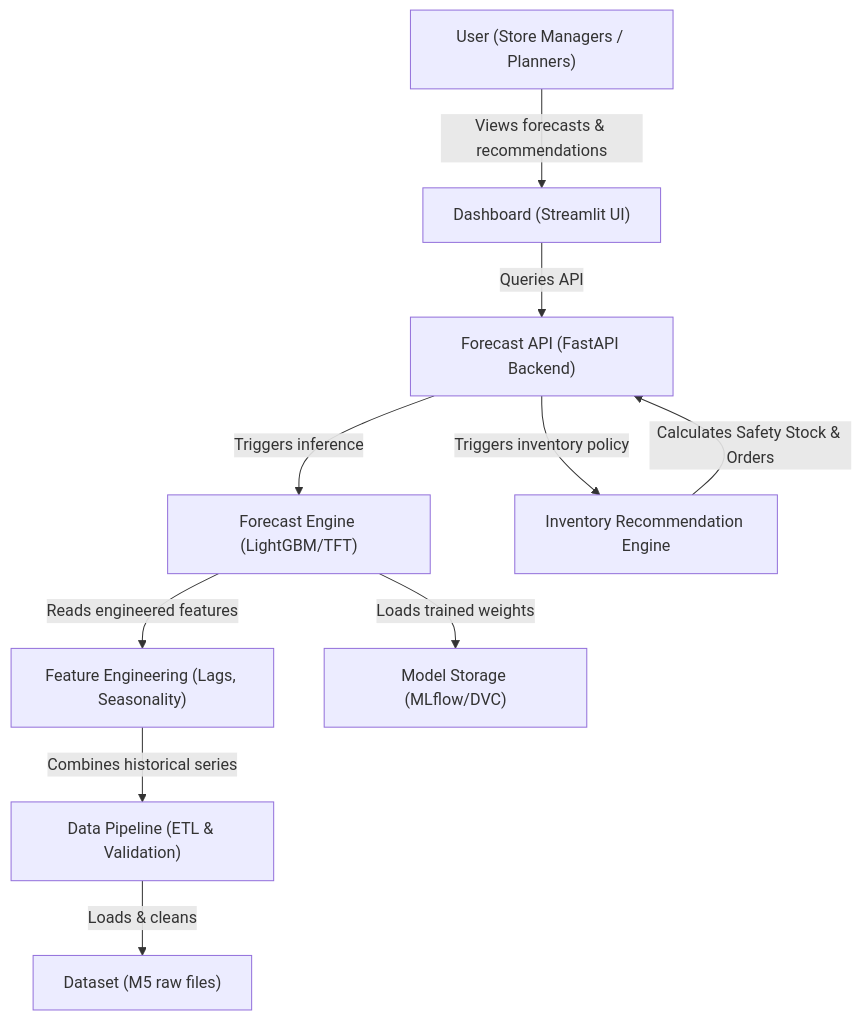
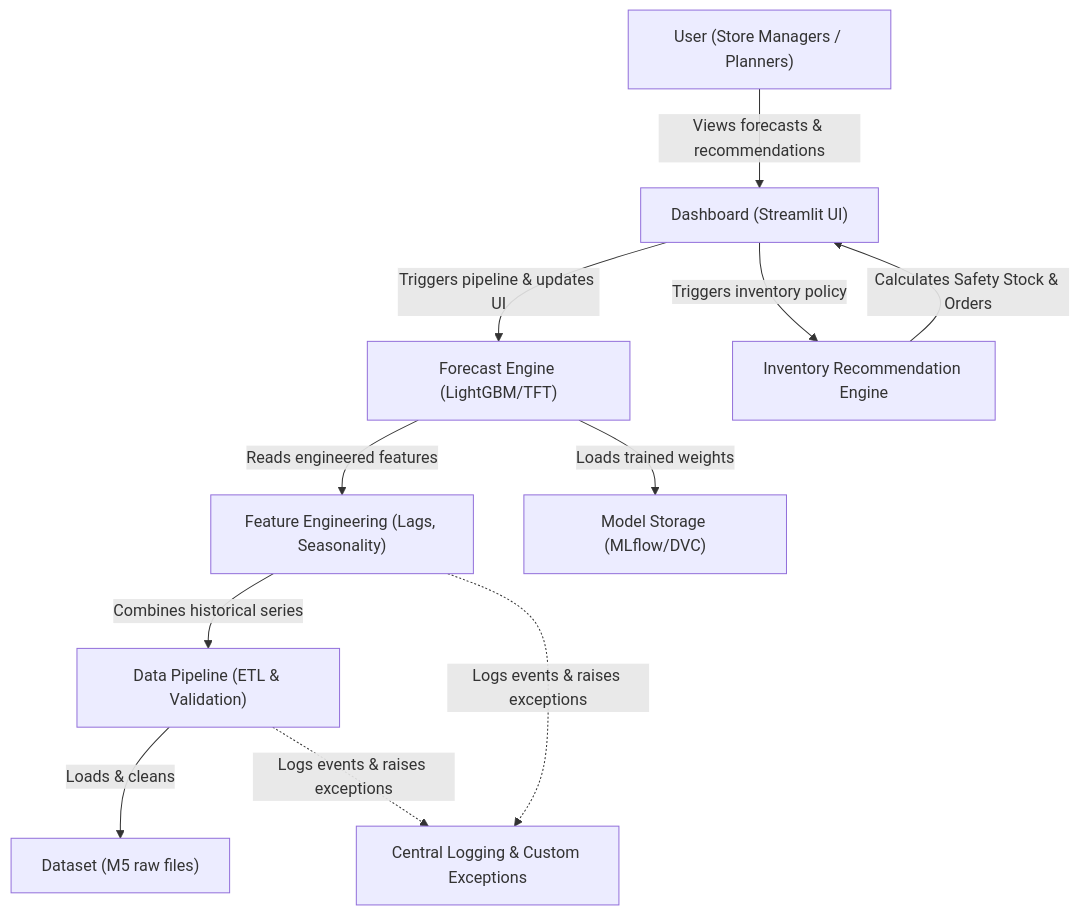
One commit to Sauravsinghhh/Predictive-Supply-Chain-FMCG-demand-forecasting- changed the diagram in README.md. Above: the diagram before and after it, drawn with Mermaid. The commit also changed other lines of this file and 16 other files, not shown here.

````diff
--- a/README.md
+++ b/README.md
@@ -47,22 +46,23 @@
 ```mermaid
 graph TD
     User["User (Store Managers / Planners)"]
     Dashboard["Dashboard (Streamlit UI)"]
-    API["Forecast API (FastAPI Backend)"]
     Engine["Forecast Engine (LightGBM/TFT)"]
     FeatEng["Feature Engineering (Lags, Seasonality)"]
     DataPipe["Data Pipeline (ETL & Validation)"]
     RawData["Dataset (M5 raw files)"]
     ModelStore["Model Storage (MLflow/DVC)"]
     InvEngine["Inventory Recommendation Engine"]
+    Logger["Central Logging & Custom Exceptions"]
 
     User -->|Views forecasts & recommendations| Dashboard
-    Dashboard -->|Queries API| API
-    API -->|Triggers inference| Engine
-    API -->|Triggers inventory policy| InvEngine
+    Dashboard -->|Triggers pipeline & updates UI| Engine
+    Dashboard -->|Triggers inventory policy| InvEngine
     Engine -->|Loads trained weights| ModelStore
     Engine -->|Reads engineered features| FeatEng
     FeatEng -->|Combines historical series| DataPipe
     DataPipe -->|Loads & cleans| RawData
-    InvEngine -->|Calculates Safety Stock & Orders| API
+    InvEngine -->|Calculates Safety Stock & Orders| Dashboard
+    DataPipe -.->|Logs events & raises exceptions| Logger
+    FeatEng -.->|Logs events & raises exceptions| Logger
 ```
````
